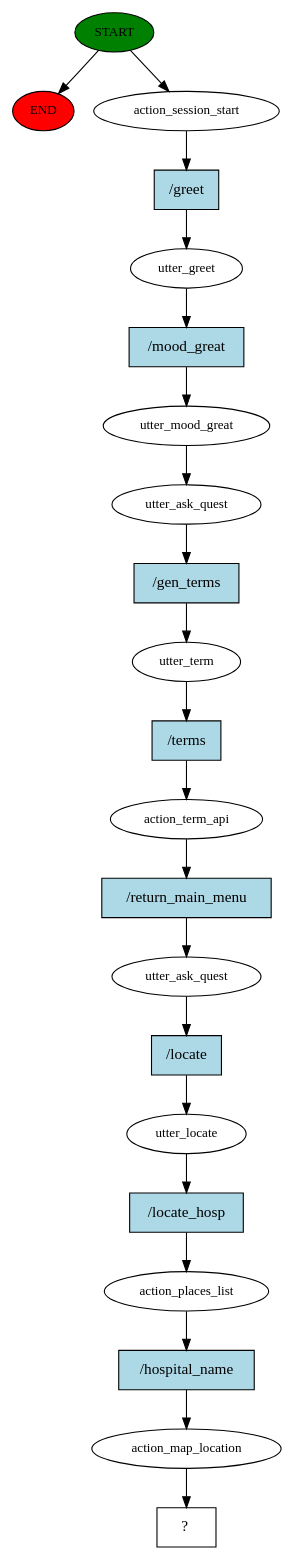
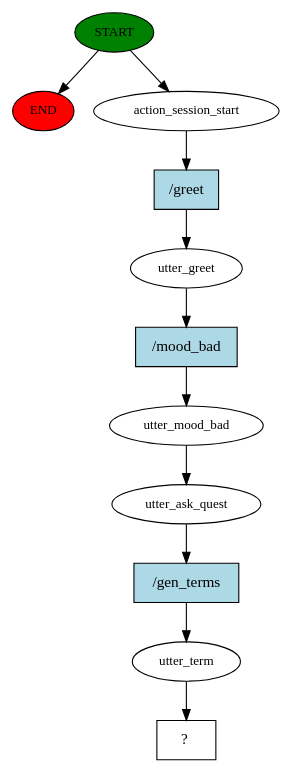
One commit to mebaidoo/Medical-Chatbot-Capstone changed the diagram in story_graph.dot. Above: the diagram before and after it, drawn with Graphviz. The commit also changed 962 other files, not shown here.

```diff
--- a/story_graph.dot
+++ b/story_graph.dot
@@ -1,43 +1,23 @@
 digraph  {
 0 [class="start active", fillcolor=green, fontsize=12, label=START, style=filled];
 "-1" [class=end, fillcolor=red, fontsize=12, label=END, style=filled];
 1 [class=active, fontsize=12, label=action_session_start];
 2 [class=active, fontsize=12, label=utter_greet];
-3 [class=active, fontsize=12, label=utter_mood_great];
+3 [class=active, fontsize=12, label=utter_mood_bad];
 4 [class=active, fontsize=12, label=utter_ask_quest];
 5 [class=active, fontsize=12, label=utter_term];
-6 [class=active, fontsize=12, label=action_term_api];
-7 [class=active, fontsize=12, label=utter_ask_quest];
-8 [class=active, fontsize=12, label=utter_locate];
-9 [class=active, fontsize=12, label=action_places_list];
-10 [class=active, fontsize=12, label=action_map_location];
-11 [class="intent dashed active", label="  ?  ", shape=rect];
-12 [class="intent active", fillcolor=lightblue, label="/greet", shape=rect, style=filled];
-13 [class="intent active", fillcolor=lightblue, label="/mood_great", shape=rect, style=filled];
-14 [class="intent active", fillcolor=lightblue, label="/gen_terms", shape=rect, style=filled];
-15 [class="intent active", fillcolor=lightblue, label="/terms", shape=rect, style=filled];
-16 [class="intent active", fillcolor=lightblue, label="/return_main_menu", shape=rect, style=filled];
-17 [class="intent active", fillcolor=lightblue, label="/locate", shape=rect, style=filled];
-18 [class="intent active", fillcolor=lightblue, label="/locate_hosp", shape=rect, style=filled];
-19 [class="intent active", fillcolor=lightblue, label="/hospital_name", shape=rect, style=filled];
+6 [class="intent dashed active", label="  ?  ", shape=rect];
+7 [class="intent active", fillcolor=lightblue, label="/greet", shape=rect, style=filled];
+8 [class="intent active", fillcolor=lightblue, label="/mood_bad", shape=rect, style=filled];
+9 [class="intent active", fillcolor=lightblue, label="/gen_terms", shape=rect, style=filled];
 0 -> "-1"  [class="", key=NONE, label=""];
 0 -> 1  [class=active, key=NONE, label=""];
-1 -> 12  [class=active, key=0];
-2 -> 13  [class=active, key=0];
+1 -> 7  [class=active, key=0];
+2 -> 8  [class=active, key=0];
 3 -> 4  [class=active, key=NONE, label=""];
-4 -> 14  [class=active, key=0];
-5 -> 15  [class=active, key=0];
-6 -> 16  [class=active, key=0];
-7 -> 17  [class=active, key=0];
-8 -> 18  [class=active, key=0];
-9 -> 19  [class=active, key=0];
-10 -> 11  [class=active, key=NONE, label=""];
-12 -> 2  [class=active, key=0];
-13 -> 3  [class=active, key=0];
-14 -> 5  [class=active, key=0];
-15 -> 6  [class=active, key=0];
-16 -> 7  [class=active, key=0];
-17 -> 8  [class=active, key=0];
-18 -> 9  [class=active, key=0];
-19 -> 10  [class=active, key=0];
+4 -> 9  [class=active, key=0];
+5 -> 6  [class=active, key=NONE, label=""];
+7 -> 2  [class=active, key=0];
+8 -> 3  [class=active, key=0];
+9 -> 5  [class=active, key=0];
 }
```
